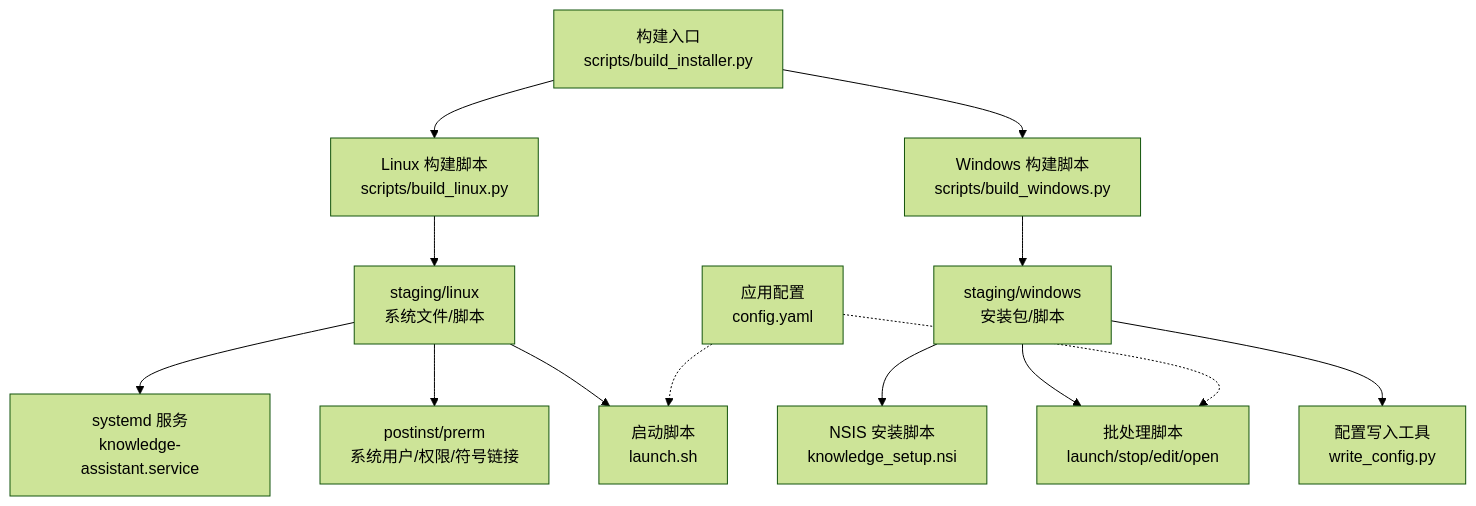
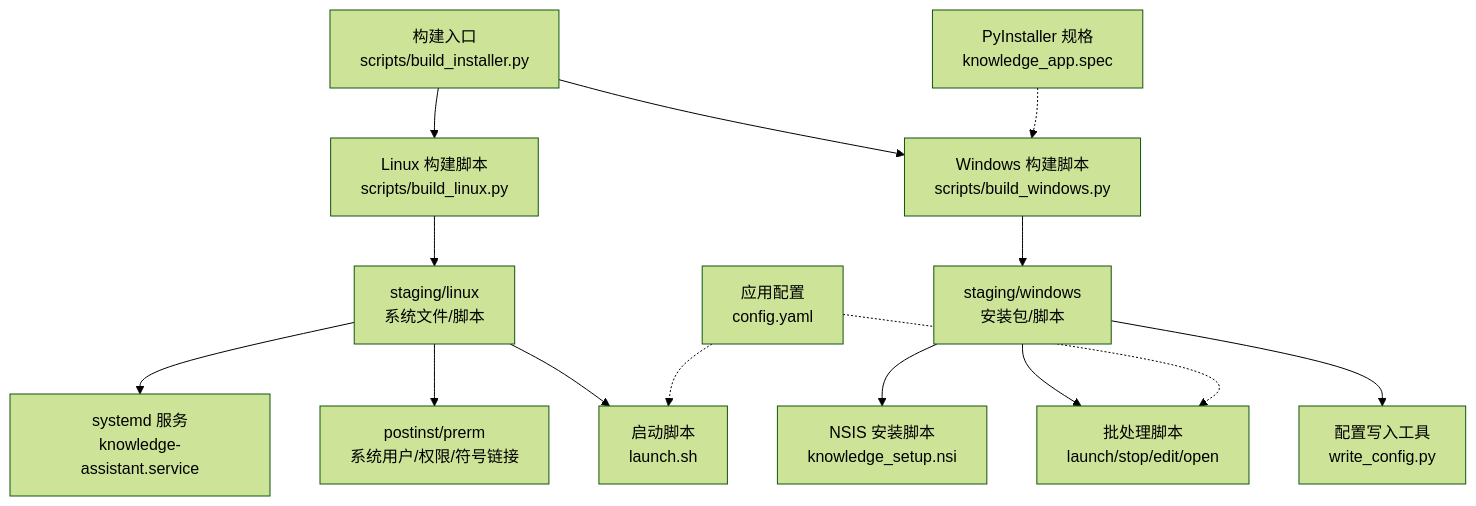
One commit to joyafa/knowledge changed the first of 6 diagrams in .qoder/repowiki/zh/content/部署与运维/安装部署脚本/安装部署脚本.md. Above: the diagram before and after it, drawn with Mermaid (forest theme). The commit also changed other lines of this file and 5 other files, not shown here.

````diff
--- a/.qoder/repowiki/zh/content/部署与运维/安装部署脚本/安装部署脚本.md
+++ b/.qoder/repowiki/zh/content/部署与运维/安装部署脚本/安装部署脚本.md
@@ -52,15 +64,16 @@
 ```mermaid
 graph TB
 A["构建入口<br/>scripts/build_installer.py"] --> B["Linux 构建脚本<br/>scripts/build_linux.py"]
 A --> C["Windows 构建脚本<br/>scripts/build_windows.py"]
 B --> D["staging/linux<br/>系统文件/脚本"]
 C --> E["staging/windows<br/>安装包/脚本"]
 D --> F["systemd 服务<br/>knowledge-assistant.service"]
 D --> G["postinst/prerm<br/>系统用户/权限/符号链接"]
 D --> H["启动脚本<br/>launch.sh"]
 E --> I["NSIS 安装脚本<br/>knowledge_setup.nsi"]
 E --> J["批处理脚本<br/>launch/stop/edit/open"]
 E --> K["配置写入工具<br/>write_config.py"]
 L["应用配置<br/>config.yaml"] -.-> H
 L -.-> J
+M["PyInstaller 规格<br/>knowledge_app.spec"] -.-> C
 ```
````
